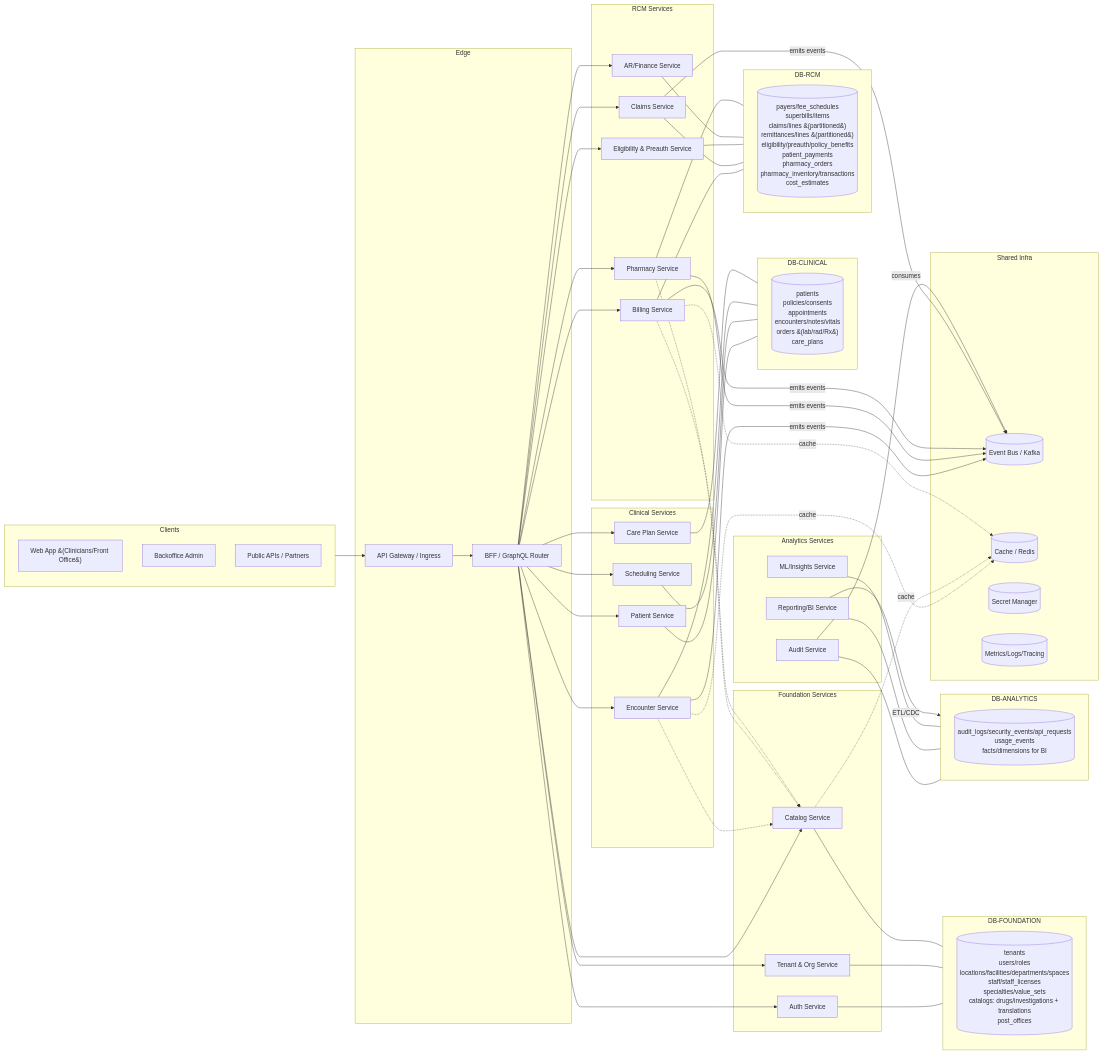
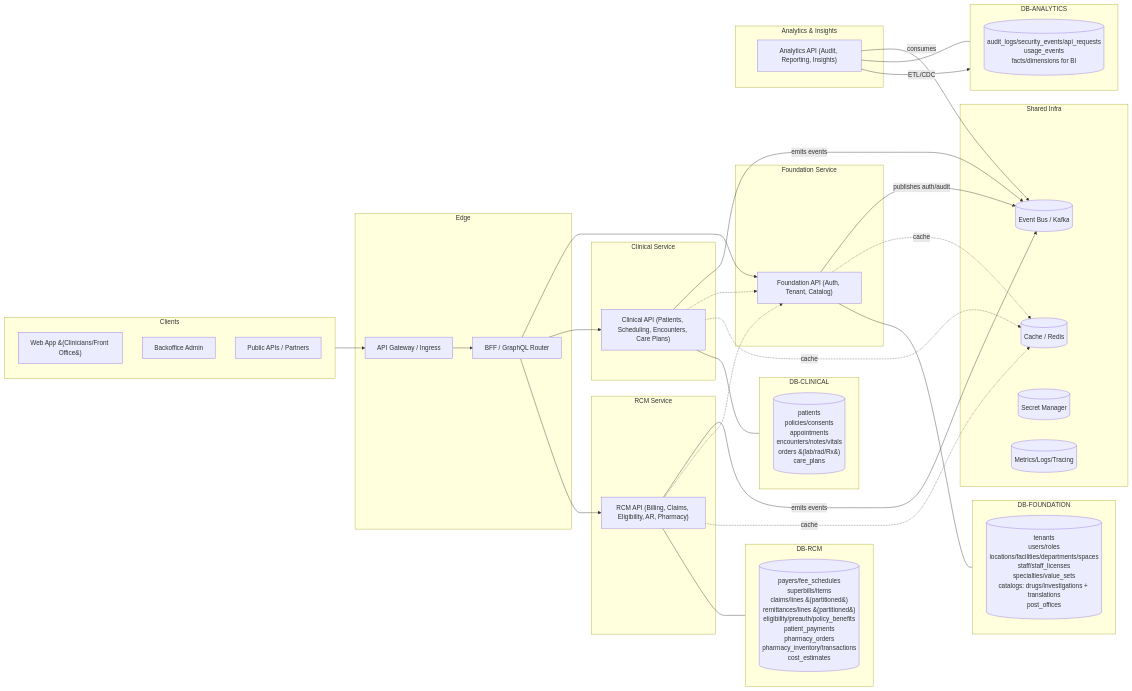
Before and after one commit to daivahealth/athma-ce: the first of 3 diagrams in docs/24-Service-Database-Interaction.md, drawn with Mermaid. The commit also changed other lines of this file, not shown here.

Commit message:
one deployable per domain

````diff
--- a/docs/24-Service-Database-Interaction.md
+++ b/docs/24-Service-Database-Interaction.md
@@ -33,71 +35,40 @@
     subgraph DBF["DB-FOUNDATION"]
         TBL1[(tenants<br/>users/roles<br/>locations/facilities/departments/spaces<br/>staff/staff_licenses<br/>specialties/value_sets<br/>catalogs: drugs/investigations + translations<br/>post_offices)]
     end
-    subgraph S1["Foundation Services"]
-        AUTH["Auth Service"]
-        ORG["Tenant & Org Service"]
-        CAT["Catalog Service"]
+    subgraph S1["Foundation Service"]
+        FND["Foundation API (Auth, Tenant, Catalog)"]
     end
-    BFF --> AUTH
-    BFF --> ORG
-    BFF --> CAT
-    AUTH --- DBF
-    ORG --- DBF
-    CAT --- DBF
+    BFF --> FND
+    FND --- DBF
 
     %% Clinical
     subgraph DBC["DB-CLINICAL"]
         TBL2[(patients<br/>policies/consents<br/>appointments<br/>encounters/notes/vitals<br/>orders &#40;lab/rad/Rx&#41;<br/>care_plans)]
     end
-    subgraph S2["Clinical Services"]
-        PAT["Patient Service"]
-        SCHED["Scheduling Service"]
-        ENC["Encounter Service"]
-        CARE["Care Plan Service"]
+    subgraph S2["Clinical Service"]
+        CLN["Clinical API (Patients, Scheduling, Encounters, Care Plans)"]
     end
-    BFF --> PAT
-    BFF --> SCHED
-    BFF --> ENC
-    BFF --> CARE
-    PAT --- DBC
-    SCHED --- DBC
-    ENC --- DBC
-    CARE --- DBC
+    BFF --> CLN
+    CLN --- DBC
 
     %% RCM
     subgraph DBR["DB-RCM"]
         TBL3[(payers/fee_schedules<br/>superbills/items<br/>claims/lines &#40;partitioned&#41;<br/>remittances/lines &#40;partitioned&#41;<br/>eligibility/preauth/policy_benefits<br/>patient_payments<br/>pharmacy_orders<br/>pharmacy_inventory/transactions<br/>cost_estimates)]
     end
-    subgraph S3["RCM Services"]
-        BILL["Billing Service"]
-        CLAIM["Claims Service"]
-        ELIG["Eligibility & Preauth Service"]
-        AR["AR/Finance Service"]
-        PHARM["Pharmacy Service"]
+    subgraph S3["RCM Service"]
+        RCMAPI["RCM API (Billing, Claims, Eligibility, AR, Pharmacy)"]
     end
-    BFF --> BILL
-    BFF --> CLAIM
-    BFF --> ELIG
-    BFF --> AR
-    BFF --> PHARM
-    BILL --- DBR
-    CLAIM --- DBR
-    ELIG --- DBR
-    AR --- DBR
-    PHARM --- DBR
+    BFF --> RCMAPI
+    RCMAPI --- DBR
 
     %% Analytics & Audit
     subgraph DBA["DB-ANALYTICS"]
         TBL4[(audit_logs/security_events/api_requests<br/>usage_events<br/>facts/dimensions for BI)]
     end
-    subgraph S4["Analytics Services"]
-        AUD["Audit Service"]
-        RPT["Reporting/BI Service"]
-        ML["ML/Insights Service"]
+    subgraph S4["Analytics & Insights"]
+        ANA["Analytics API (Audit, Reporting, Insights)"]
     end
-    AUD --- DBA
-    RPT --- DBA
-    ML --- DBA
+    ANA --- DBA
 
     %% Cross-service infra
     subgraph Infra["Shared Infra"]
@@ -108,20 +79,18 @@
     end
 
     %% Event flows
-    ENC -- "emits events" --> BUS
-    PHARM -- "emits events" --> BUS
-    BILL -- "emits events" --> BUS
-    CLAIM -- "emits events" --> BUS
-    AUD -- "consumes" --> BUS
-    RPT -- "ETL/CDC" --> DBA
+    CLN -- "emits events" --> BUS
+    RCMAPI -- "emits events" --> BUS
+    FND -- "publishes auth/audit" --> BUS
+    ANA -- "consumes" --> BUS
+    ANA -- "ETL/CDC" --> DBA
 
     %% Catalog lookups (read)
-    ENC -.-> CAT
-    PHARM -.-> CAT
-    BILL -.-> CAT
+    CLN -.-> FND
+    RCMAPI -.-> FND
 
     %% Cache hits
-    ENC -. "cache" .-> CACHE
-    CAT -. "cache" .-> CACHE
-    BILL -. "cache" .-> CACHE
+    CLN -. "cache" .-> CACHE
+    FND -. "cache" .-> CACHE
+    RCMAPI -. "cache" .-> CACHE
 ```
````
